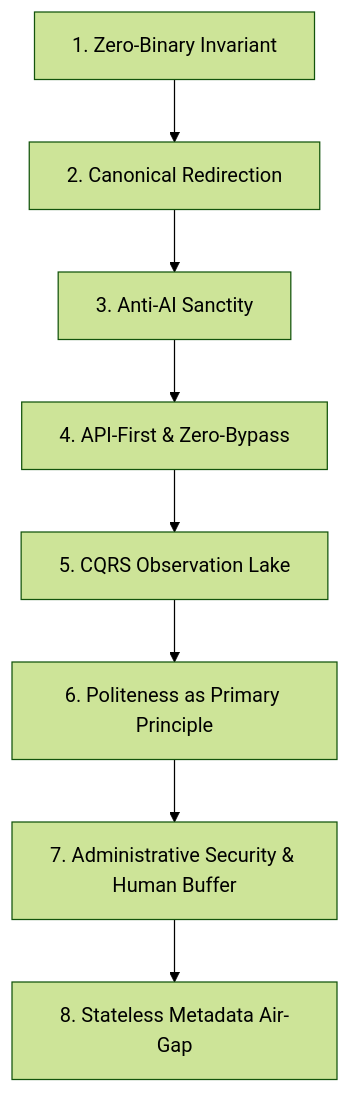
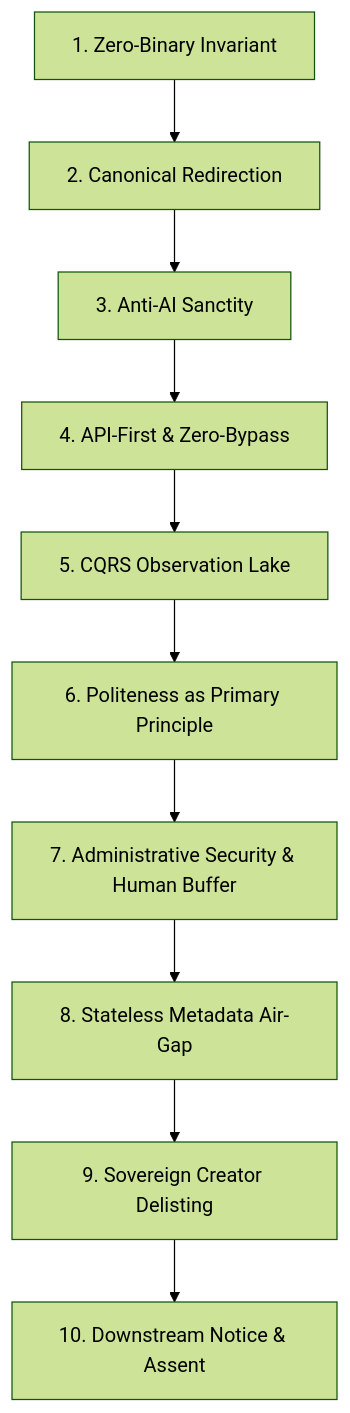
Before and after one commit to SlamTheDragon/vrc-package-crawler: the second of 2 diagrams in docs/topics/07_topics_to_learn_practice_observe_and_philosophies.md, drawn with Mermaid (forest theme). The commit also changed other lines of this file and 5 other files, not shown here.

Commit message:
docs(legal): comprehensive jurisprudence review, PRISMA synthesis, and architecture roadmap update

````diff
--- a/docs/topics/07_topics_to_learn_practice_observe_and_philosophies.md
+++ b/docs/topics/07_topics_to_learn_practice_observe_and_philosophies.md
@@ -108,10 +114,12 @@
 ```mermaid
 flowchart TD
     P1["1. Zero-Binary Invariant"] --> P2["2. Canonical Redirection"]
     P2 --> P3["3. Anti-AI Sanctity"]
     P3 --> P4["4. API-First & Zero-Bypass"]
     P4 --> P5["5. CQRS Observation Lake"]
     P5 --> P6["6. Politeness as Primary Principle"]
     P6 --> P7["7. Administrative Security & Human Buffer"]
     P7 --> P8["8. Stateless Metadata Air-Gap"]
+    P8 --> P9["9. Sovereign Creator Delisting"]
+    P9 --> P10["10. Downstream Notice & Assent"]
 ```
````
